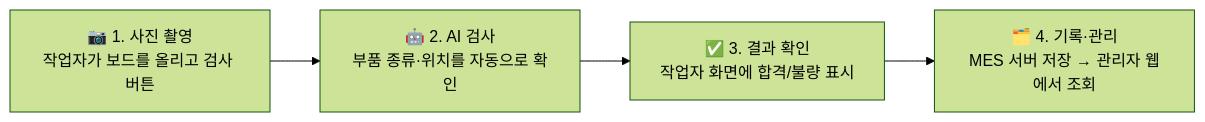
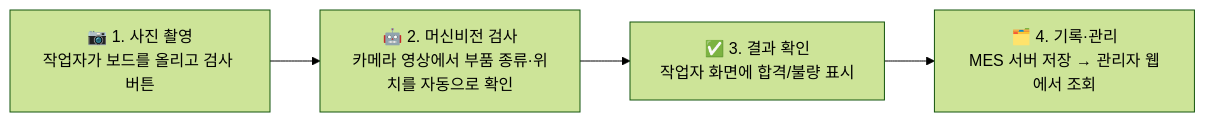
One commit to Nana2828/SF_pcb_aoi_station changed the first of 4 diagrams in README.md. Above: the diagram before and after it, drawn with Mermaid (forest theme). The commit also changed other lines of this file, not shown here.

First line of the commit message:
[docs] README 담당 소개를 채용담당자가 훑어보기 쉽게 재구성, AI 검사를 머신비전 검사로 수정

````diff
--- a/README.md
+++ b/README.md
@@ -7,6 +7,6 @@
 ```mermaid
 flowchart LR
-    A[📷 1. 사진 촬영<br/>작업자가 보드를 올리고 검사 버튼] --> B[🤖 2. AI 검사<br/>부품 종류·위치를 자동으로 확인]
+    A[📷 1. 사진 촬영<br/>작업자가 보드를 올리고 검사 버튼] --> B[🤖 2. 머신비전 검사<br/>카메라 영상에서 부품 종류·위치를 자동으로 확인]
     B --> C[✅ 3. 결과 확인<br/>작업자 화면에 합격/불량 표시]
     C --> D[🗂️ 4. 기록·관리<br/>MES 서버 저장 → 관리자 웹에서 조회]
 ```
````
